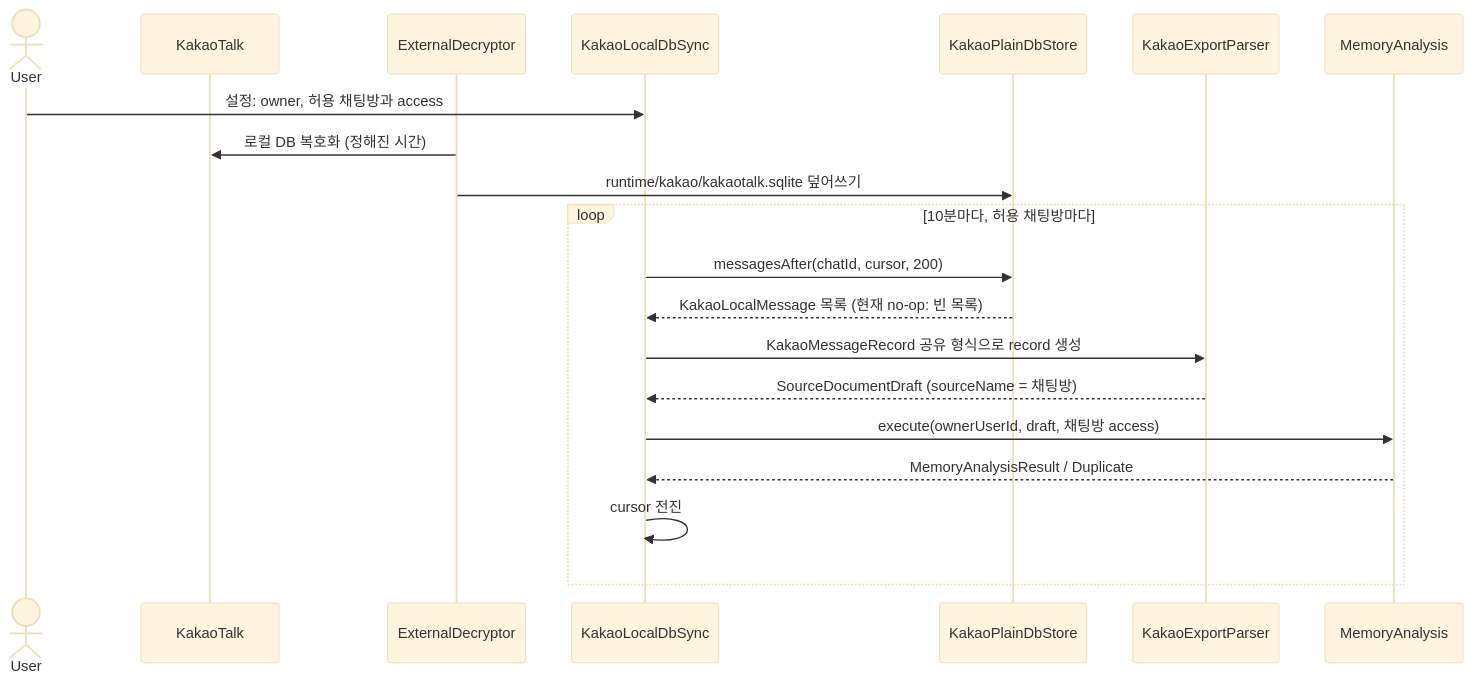
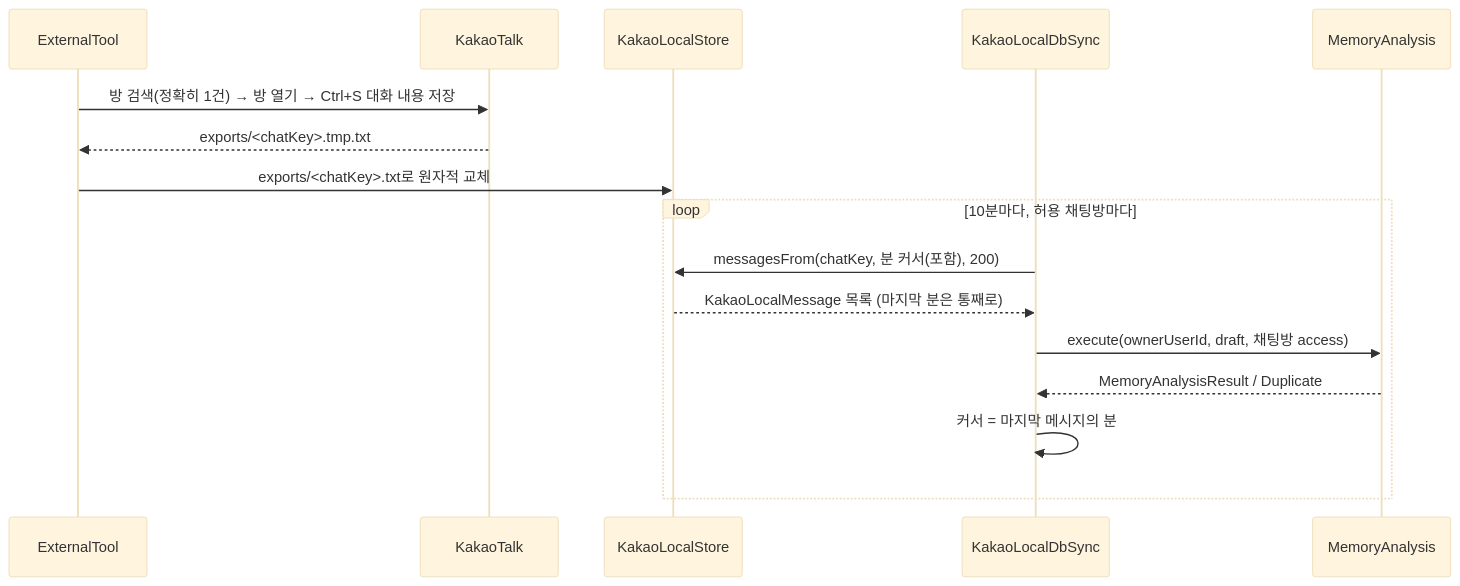
The second of 2 diagrams in adapter-inbound/src/main/kotlin/com/homeassistant/adapter/inbound/kakao/localdb/README.md (magenta1223/home_assistant), drawn with Mermaid (base theme) before and after one commit. The commit also changed other lines of this file and 15 other files, not shown here.

First line of the commit message:
feat: collect Kakao chats from KakaoTalk's own exports instead of the local DB

````diff
--- a/adapter-inbound/src/main/kotlin/com/homeassistant/adapter/inbound/kakao/localdb/README.md
+++ b/adapter-inbound/src/main/kotlin/com/homeassistant/adapter/inbound/kakao/localdb/README.md
@@ -66,23 +71,19 @@
 ```mermaid
 sequenceDiagram
-    actor User
+    participant ExternalTool
     participant KakaoTalk
-    participant ExternalDecryptor
+    participant KakaoLocalStore
     participant KakaoLocalDbSync
-    participant KakaoPlainDbStore
-    participant KakaoExportParser
     participant MemoryAnalysis
 
-    User->>KakaoLocalDbSync: 설정: owner, 허용 채팅방과 access
-    ExternalDecryptor->>KakaoTalk: 로컬 DB 복호화 (정해진 시간)
-    ExternalDecryptor->>KakaoPlainDbStore: runtime/kakao/kakaotalk.sqlite 덮어쓰기
+    ExternalTool->>KakaoTalk: 방 검색(정확히 1건) → 방 열기 → Ctrl+S 대화 내용 저장
+    KakaoTalk-->>ExternalTool: exports/<chatKey>.tmp.txt
+    ExternalTool->>KakaoLocalStore: exports/<chatKey>.txt로 원자적 교체
     loop 10분마다, 허용 채팅방마다
-        KakaoLocalDbSync->>KakaoPlainDbStore: messagesAfter(chatId, cursor, 200)
-        KakaoPlainDbStore-->>KakaoLocalDbSync: KakaoLocalMessage 목록 (현재 no-op: 빈 목록)
-        KakaoLocalDbSync->>KakaoExportParser: KakaoMessageRecord 공유 형식으로 record 생성
-        KakaoExportParser-->>KakaoLocalDbSync: SourceDocumentDraft (sourceName = 채팅방)
+        KakaoLocalDbSync->>KakaoLocalStore: messagesFrom(chatKey, 분 커서(포함), 200)
+        KakaoLocalStore-->>KakaoLocalDbSync: KakaoLocalMessage 목록 (마지막 분은 통째로)
         KakaoLocalDbSync->>MemoryAnalysis: execute(ownerUserId, draft, 채팅방 access)
         MemoryAnalysis-->>KakaoLocalDbSync: MemoryAnalysisResult / Duplicate
-        KakaoLocalDbSync->>KakaoLocalDbSync: cursor 전진
+        KakaoLocalDbSync->>KakaoLocalDbSync: 커서 = 마지막 메시지의 분
     end
 ```
````
